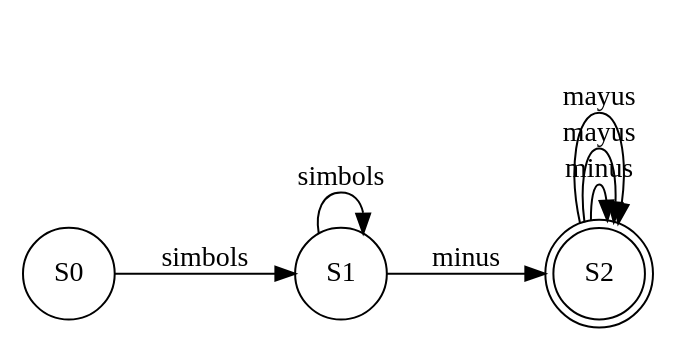
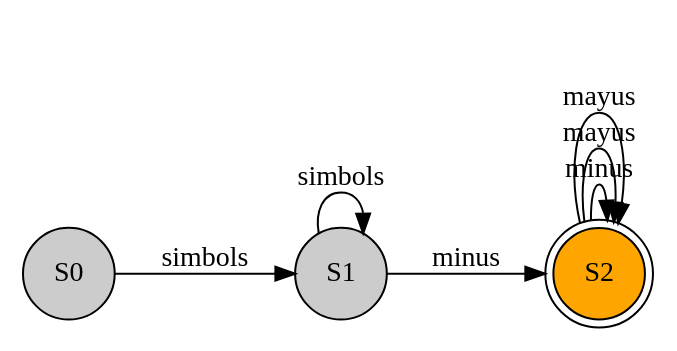
Before and after one commit to Desconocido502/OLC1-proyecto1-201902502: the diagram in src/AFD_201902502/erAzar.dot, drawn with Graphviz. The commit also changed 48 other files, not shown here.

```diff
--- a/src/AFD_201902502/erAzar.dot
+++ b/src/AFD_201902502/erAzar.dot
@@ -1,12 +1,13 @@
 digraph finite_state_machine {
 rankdir=LR;
 size="8,5"
-node [shape = doublecircle];S2;
-node [shape = circle];
+S2[shape = doublecircle, style = filled, fillcolor = "#FFA500"];
+
+node [shape = circle, style = filled, fillcolor = "#CCCCCC"];
 S0->S1[ label ="simbols"];
 S1->S1[ label ="simbols"];
 S1->S2[ label ="minus"];
 S2->S2[ label ="minus"];
 S2->S2[ label ="mayus"];
 S2->S2[ label ="mayus"];
 }
```
